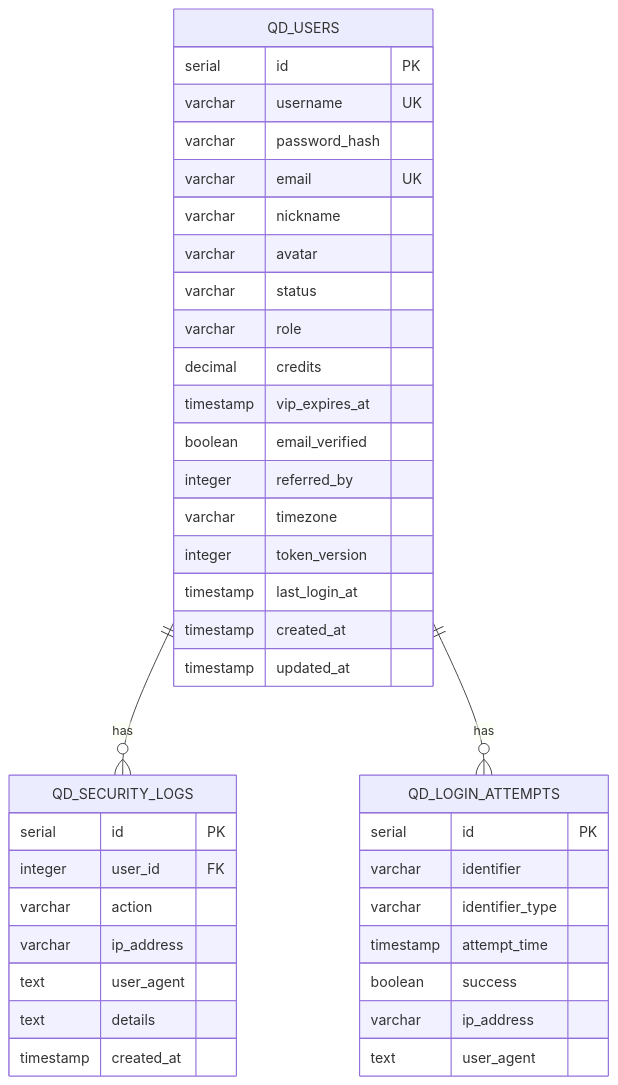
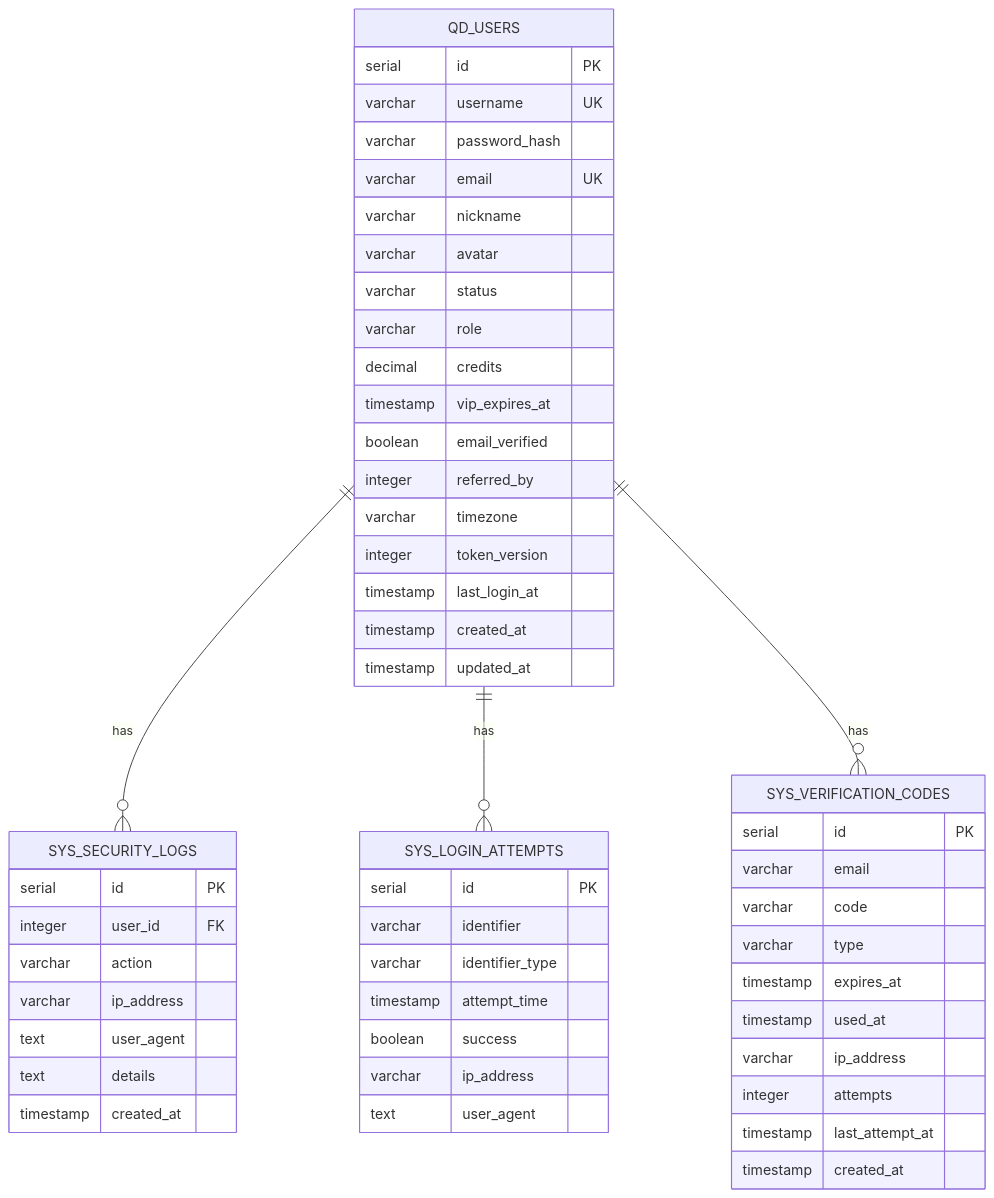
One commit to joezxh/QuantDinger changed diagram 15 of 15 in .qoder/repowiki/zh/content/核心功能模块/用户管理与商业化/用户认证系统.md. Above: the diagram before and after it, drawn with Mermaid. The commit also changed other lines of this file and 548 other files, not shown here.

````diff
--- a/.qoder/repowiki/zh/content/核心功能模块/用户管理与商业化/用户认证系统.md
+++ b/.qoder/repowiki/zh/content/核心功能模块/用户管理与商业化/用户认证系统.md
@@ -381,42 +570,55 @@
 ```mermaid
 erDiagram
 QD_USERS {
 serial id PK
 varchar username UK
 varchar password_hash
 varchar email UK
 varchar nickname
 varchar avatar
 varchar status
 varchar role
 decimal credits
 timestamp vip_expires_at
 boolean email_verified
 integer referred_by
 varchar timezone
 integer token_version
 timestamp last_login_at
 timestamp created_at
 timestamp updated_at
 }
-QD_SECURITY_LOGS {
+SYS_VERIFICATION_CODES {
+serial id PK
+varchar email
+varchar code
+varchar type
+timestamp expires_at
+timestamp used_at
+varchar ip_address
+integer attempts
+timestamp last_attempt_at
+timestamp created_at
+}
+SYS_SECURITY_LOGS {
 serial id PK
 integer user_id FK
 varchar action
 varchar ip_address
 text user_agent
 text details
 timestamp created_at
 }
-QD_LOGIN_ATTEMPTS {
+SYS_LOGIN_ATTEMPTS {
 serial id PK
 varchar identifier
 varchar identifier_type
 timestamp attempt_time
 boolean success
 varchar ip_address
 text user_agent
 }
-QD_USERS ||--o{ QD_SECURITY_LOGS : "has"
-QD_USERS ||--o{ QD_LOGIN_ATTEMPTS : "has"
+QD_USERS ||--o{ SYS_SECURITY_LOGS : "has"
+QD_USERS ||--o{ SYS_LOGIN_ATTEMPTS : "has"
+QD_USERS ||--o{ SYS_VERIFICATION_CODES : "has"
 ```
````
